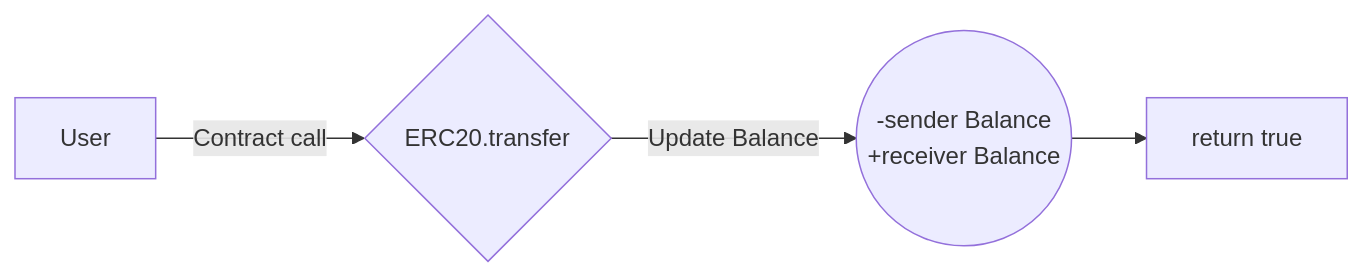
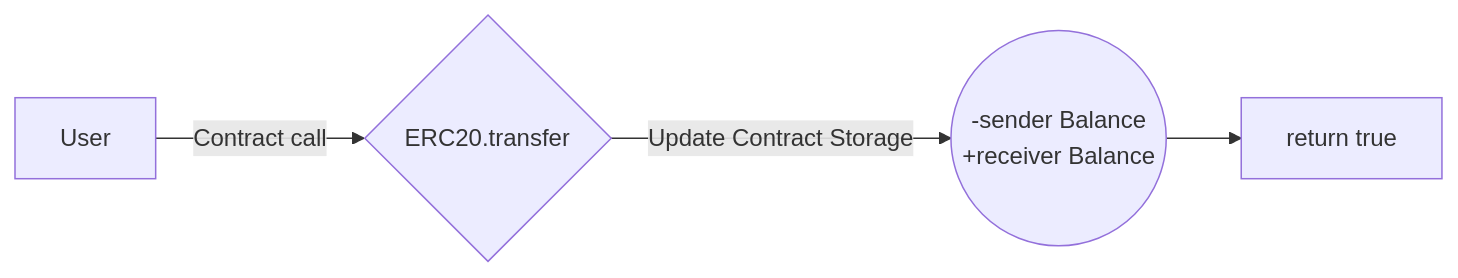
Before and after one commit to poolshark-protocol/docs: the first of 4 diagrams in docs/intro/layers/user-interaction.md, drawn with Mermaid. The commit also changed other lines of this file and 4 other files, not shown here.

Commit message:
updated diagrams

````diff
--- a/docs/intro/layers/user-interaction.md
+++ b/docs/intro/layers/user-interaction.md
@@ -27,6 +28,6 @@
-    ```mermaid
-    graph LR
-        A[User] -->|Contract call| B{ERC20.transfer};
-        B -->|Update Balance| C(( -sender Balance<br/>+receiver Balance));
-        C --> D[return true];
-    ```
+        ```mermaid
+        graph LR
+            A[User] -->|Contract call| B{ERC20.transfer};
+            B -->|Update Contract Storage| C(( -sender Balance<br/>+receiver Balance));
+            C --> D[return true];
+        ```
````
